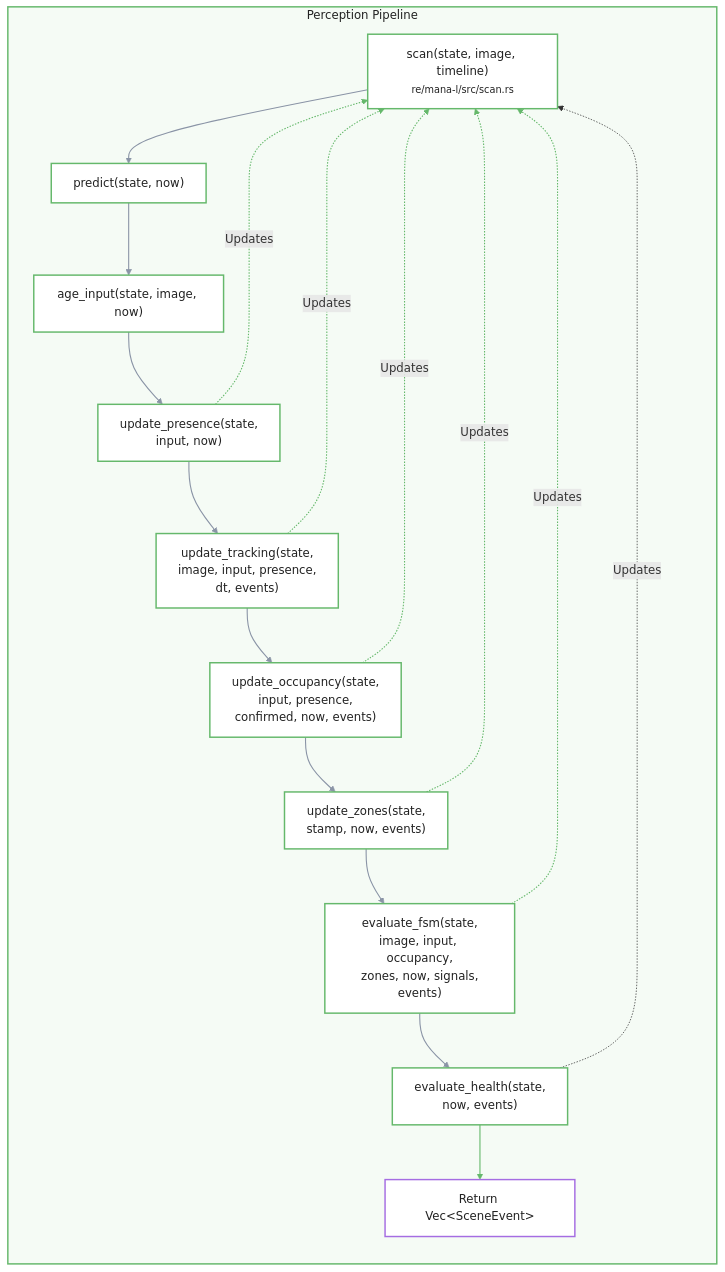
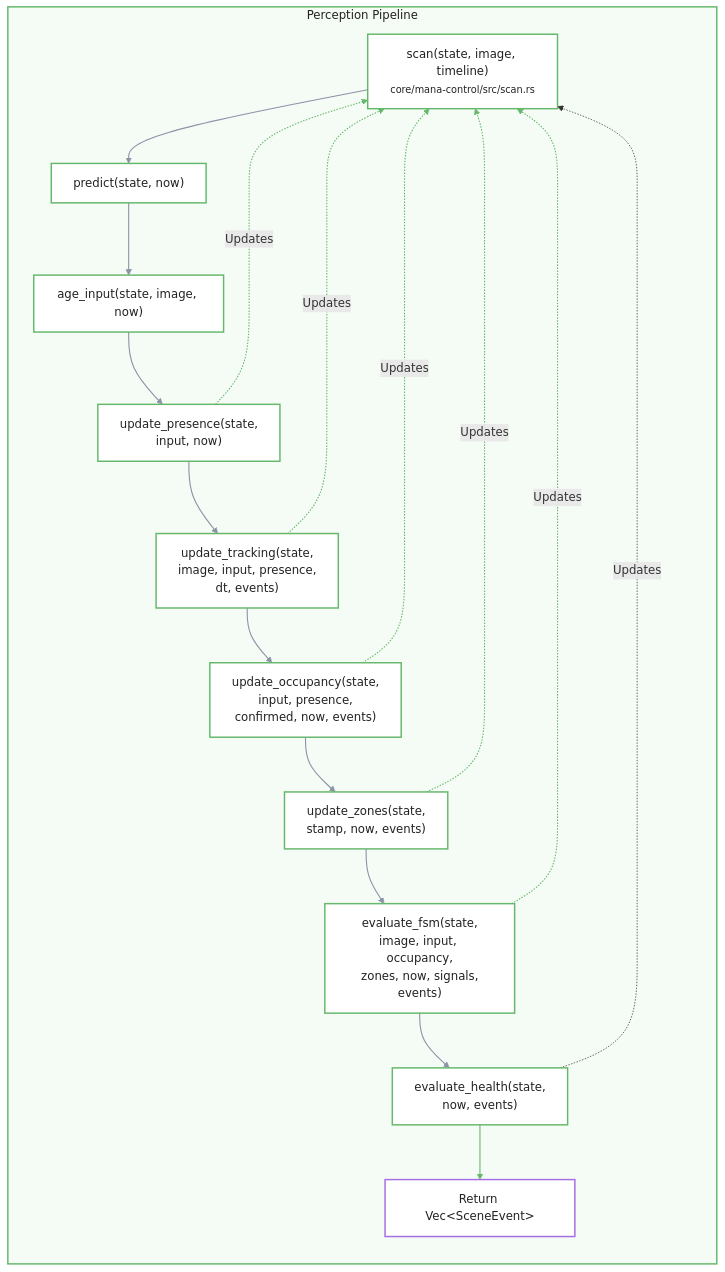
One commit to e7canasta/mana-lite changed the first of 3 diagrams in docs/wiki/4.1-scan-loop-and-control-state.md. Above: the diagram before and after it, drawn with Mermaid. The commit also changed other lines of this file and 92 other files, not shown here.

````diff
--- a/docs/wiki/4.1-scan-loop-and-control-state.md
+++ b/docs/wiki/4.1-scan-loop-and-control-state.md
@@ -83,81 +83,81 @@
 ```mermaid
 flowchart LR
 
     %% =========================================================
     %% PERCEPTION PIPELINE
     %% =========================================================
 
     subgraph PIPELINE["Perception Pipeline"]
         
-        SCAN["scan(state, image, timeline)<br/><small>re/mana-l/src/scan.rs</small>"]
+        SCAN["scan(state, image, timeline)<br/><small>core/mana-control/src/scan.rs</small>"]
 
         PRED["predict(state, now)"]
 
         AGE["age_input(state, image, now)"]
 
         PRES["update_presence(state,<br/>input, now)"]
 
         TRACK["update_tracking(state,<br/>image, input, presence,<br/>dt, events)"]
 
         OCC["update_occupancy(state,<br/>input, presence,<br/>confirmed, now, events)"]
 
         ZONES["update_zones(state,<br/>stamp, now, events)"]
 
         FSM["evaluate_fsm(state,<br/>image, input, occupancy,<br/>zones, now, signals,<br/>events)"]
 
         HEALTH["evaluate_health(state,<br/>now, events)"]
 
         RETURN["Return Vec&lt;SceneEvent&gt;"]
 
 
         SCAN --> PRED
         PRED --> AGE
         AGE --> PRES
         PRES --> TRACK
         TRACK --> OCC
         OCC --> ZONES
         ZONES --> FSM
         FSM --> HEALTH
         HEALTH --> RETURN
 
     end
 
 
     %% =========================================================
     %% STATE UPDATE RELATIONSHIPS
     %% =========================================================
 
     PRES -. "Updates" .-> SCAN
     TRACK -. "Updates" .-> SCAN
     OCC -. "Updates" .-> SCAN
     ZONES -. "Updates" .-> SCAN
     FSM -. "Updates" .-> SCAN
     HEALTH -. "Updates" .-> SCAN
 
 
     %% =========================================================
     %% CONTAINER
     %% =========================================================
 
     style PIPELINE fill:#F5FBF5,stroke:#65B86B,stroke-width:2px,color:#222
 
 
     %% =========================================================
     %% NODES
     %% =========================================================
 
     classDef pipelineNode fill:#FFFFFF,stroke:#65B86B,stroke-width:2px,color:#222
     classDef outputNode fill:#FFFFFF,stroke:#A56DE2,stroke-width:2px,color:#222
 
     class SCAN,PRED,AGE,PRES,TRACK,OCC,ZONES,FSM,HEALTH pipelineNode
     class RETURN outputNode
 
 
     %% =========================================================
     %% EDGES
     %% =========================================================
 
     linkStyle 0,1,2,3,4,5,6,7 stroke:#8A94A6,stroke-width:1.5px
     linkStyle 8,9,10,11,12,13 stroke:#65B86B,stroke-width:1.5px
 
 ```
````
